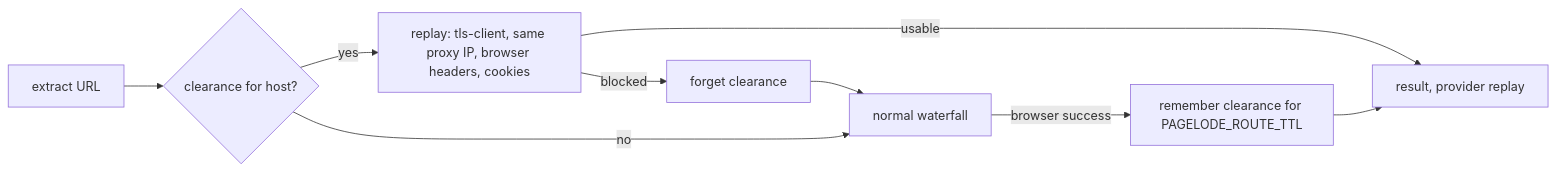
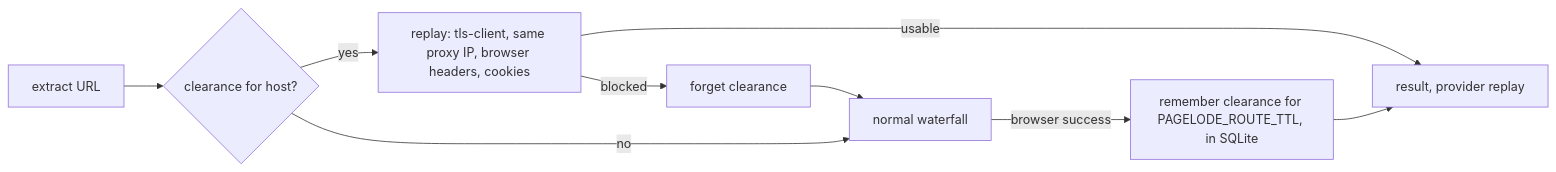
Before and after one commit to simonbalfe/pagelode: the third of 3 diagrams in docs/browser-service.md, drawn with Mermaid. The commit also changed other lines of this file and 12 other files, not shown here.

````diff
--- a/docs/browser-service.md
+++ b/docs/browser-service.md
@@ -157,11 +191,11 @@
 ```mermaid
 flowchart LR
     Request[extract URL] --> Known{clearance for host?}
     Known -- yes --> Replay["replay: tls-client, same proxy IP, browser headers, cookies"]
     Replay -- usable --> Done[result, provider replay]
     Replay -- blocked --> Forget[forget clearance]
     Known -- no --> Waterfall[normal waterfall]
     Forget --> Waterfall
-    Waterfall -- browser success --> Record[remember clearance for PAGELODE_ROUTE_TTL]
+    Waterfall -- browser success --> Record[remember clearance for PAGELODE_ROUTE_TTL, in SQLite]
     Record --> Done
 ```
````
